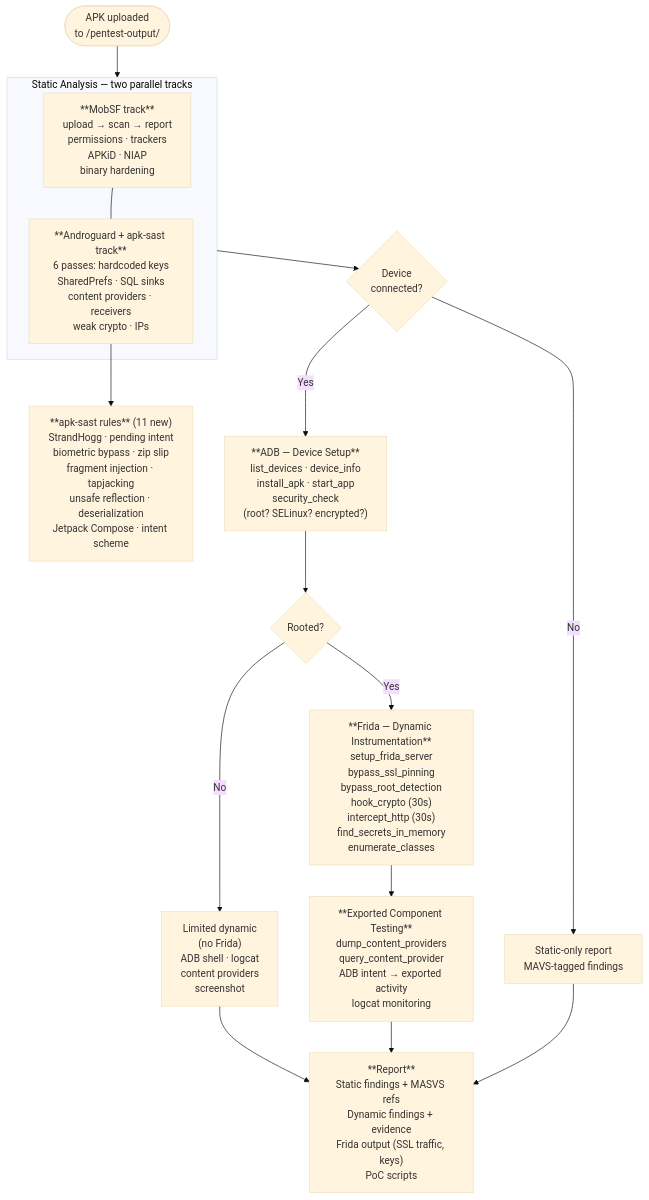
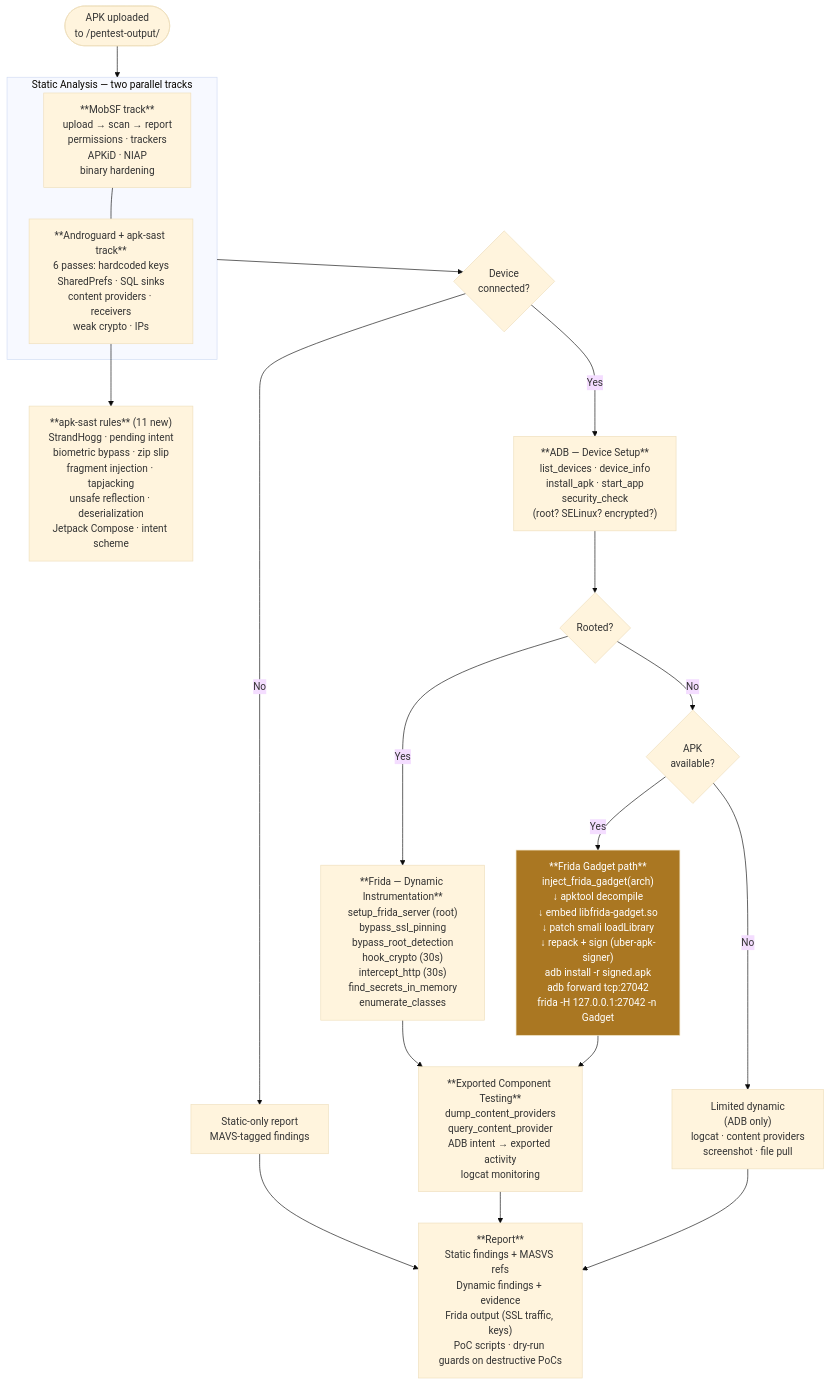
Before and after one commit to munalabs/ares: the sixth of 11 diagrams in docs/ARES-OVERVIEW.md, drawn with Mermaid (base theme). The commit also changed other lines of this file and 4 other files, not shown here.

````diff
--- a/docs/ARES-OVERVIEW.md
+++ b/docs/ARES-OVERVIEW.md
@@ -232,33 +232,40 @@
 ```mermaid
 flowchart TD
     APK([APK uploaded\nto /pentest-output/]) --> Static
 
     subgraph Static["Static Analysis — two parallel tracks"]
         MobSFTrack["**MobSF track**\nupload → scan → report\npermissions · trackers\nAPKiD · NIAP\nbinary hardening"]
         AndroTrack["**Androguard + apk-sast track**\n6 passes: hardcoded keys\nSharedPrefs · SQL sinks\ncontent providers · receivers\nweak crypto · IPs"]
         MobSFTrack --- AndroTrack
     end
 
     AndroTrack --> APKSAST["**apk-sast rules** (11 new)\nStrandHogg · pending intent\nbiometric bypass · zip slip\nfragment injection · tapjacking\nunsafe reflection · deserialization\nJetpack Compose · intent scheme"]
 
     Static --> DeviceCheck{Device\nconnected?}
 
     DeviceCheck -->|No| StaticOnly[Static-only report\nMAVS-tagged findings]
     DeviceCheck -->|Yes| ADB
 
     ADB["**ADB — Device Setup**\nlist_devices · device_info\ninstall_apk · start_app\nsecurity_check\n(root? SELinux? encrypted?)"]
 
     ADB --> RootCheck{Rooted?}
 
-    RootCheck -->|No| LimitedDyn["Limited dynamic\n(no Frida)\nADB shell · logcat\ncontent providers\nscreenshot"]
+    RootCheck -->|Yes| Frida["**Frida — Dynamic Instrumentation**\nsetup_frida_server (root)\nbypass_ssl_pinning\nbypass_root_detection\nhook_crypto (30s)\nintercept_http (30s)\nfind_secrets_in_memory\nenumerate_classes"]
 
-    RootCheck -->|Yes| Frida["**Frida — Dynamic Instrumentation**\nsetup_frida_server\nbypass_ssl_pinning\nbypass_root_detection\nhook_crypto (30s)\nintercept_http (30s)\nfind_secrets_in_memory\nenumerate_classes"]
+    RootCheck -->|No| GadgetCheck{APK\navailable?}
+
+    GadgetCheck -->|Yes| Gadget["**Frida Gadget path**\ninject_frida_gadget(arch)\n↓ apktool decompile\n↓ embed libfrida-gadget.so\n↓ patch smali loadLibrary\n↓ repack + sign (uber-apk-signer)\nadb install -r signed.apk\nadb forward tcp:27042\nfrida -H 127.0.0.1:27042 -n Gadget"]
+
+    GadgetCheck -->|No| LimitedDyn["Limited dynamic\n(ADB only)\nlogcat · content providers\nscreenshot · file pull"]
 
     Frida --> CompTest["**Exported Component Testing**\ndump_content_providers\nquery_content_provider\nADB intent → exported activity\nlogcat monitoring"]
+    Gadget --> CompTest
 
     LimitedDyn --> Report
     CompTest --> Report
     StaticOnly --> Report
 
-    Report["**Report**\nStatic findings + MASVS refs\nDynamic findings + evidence\nFrida output (SSL traffic, keys)\nPoC scripts"]
+    Report["**Report**\nStatic findings + MASVS refs\nDynamic findings + evidence\nFrida output (SSL traffic, keys)\nPoC scripts · dry-run guards on destructive PoCs"]
+
+    style Gadget fill:#a72,color:#fff
 ```
````
